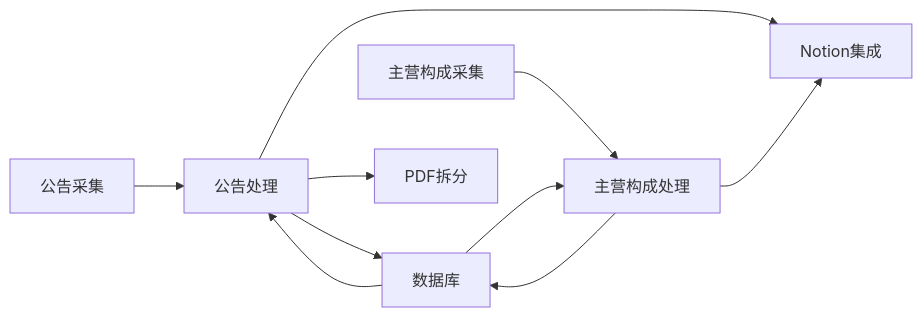
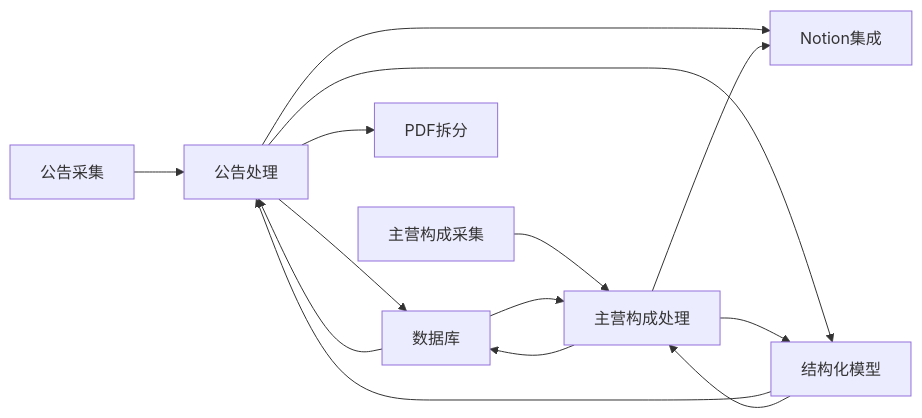
One commit to iverwong/DataLife changed the eighth of 8 diagrams in .qoder/repowiki/zh/content/数据模型.md. Above: the diagram before and after it, drawn with Mermaid. The commit also changed other lines of this file and 14 other files, not shown here.

````diff
--- a/.qoder/repowiki/zh/content/数据模型.md
+++ b/.qoder/repowiki/zh/content/数据模型.md
@@ -330,12 +415,16 @@
 ```mermaid
 graph LR
 Ann["公告采集"] --> AnnProc["公告处理"]
 Biz["主营构成采集"] --> BizProc["主营构成处理"]
 AnnProc --> DB["数据库"]
 BizProc --> DB
 AnnProc --> PDF["PDF拆分"]
 AnnProc --> Notion["Notion集成"]
 BizProc --> Notion
 DB --> AnnProc
 DB --> BizProc
+AnnProc --> Model["结构化模型"]
+BizProc --> Model
+Model --> AnnProc
+Model --> BizProc
 ```
````
